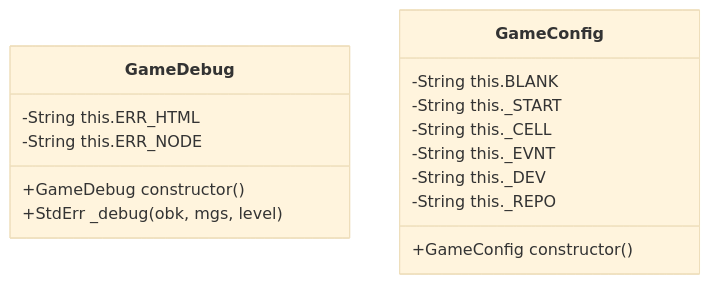
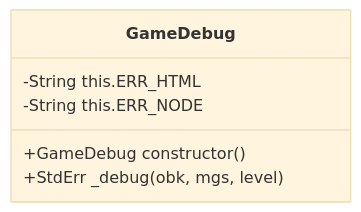
One commit to Code-Institute-Submissions/terni-lapilli--toe changed the seventh of 7 diagrams in README.md. Above: the diagram before and after it, drawn with Mermaid (base theme). The commit also changed other lines of this file and 1 other file, not shown here.

````diff
--- a/README.md
+++ b/README.md
@@ -372,19 +411,9 @@
 ```mermaid
 classDiagram
     class GameDebug {
         -String this.ERR_HTML
         -String this.ERR_NODE
         +GameDebug constructor()
         +StdErr _debug(obk, mgs, level)
     }
-    class GameConfig {
-        -String this.BLANK
-        -String this._START
-        -String this._CELL
-        -String this._EVNT
-        -String this._DEV
-        -String this._REPO
-        +GameConfig constructor()
-    }
-
 ```
````
